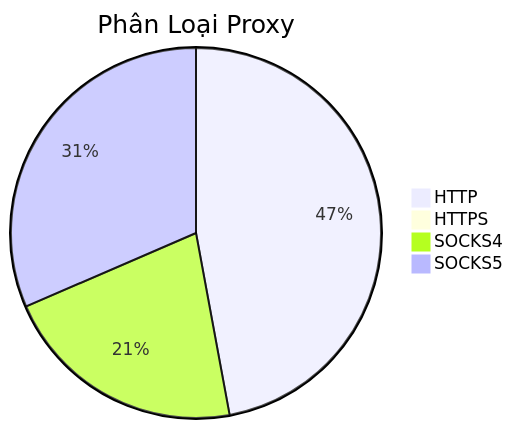
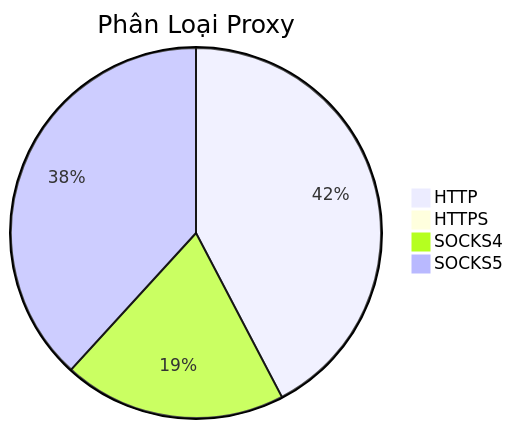
The diagram in README.md (Ciara-Aa/PROXY-free), drawn with Mermaid before and after one commit. The commit also changed other lines of this file and 4 other files, not shown here.

````diff
--- a/README.md
+++ b/README.md
@@ -26,7 +26,7 @@
 ```mermaid
 pie title Phân Loại Proxy
-    "HTTP" : 332
-    "HTTPS" : 6
-    "SOCKS4" : 151
-    "SOCKS5" : 222
+    "HTTP" : 237
+    "HTTPS" : 5
+    "SOCKS4" : 109
+    "SOCKS5" : 214
 ```
````
